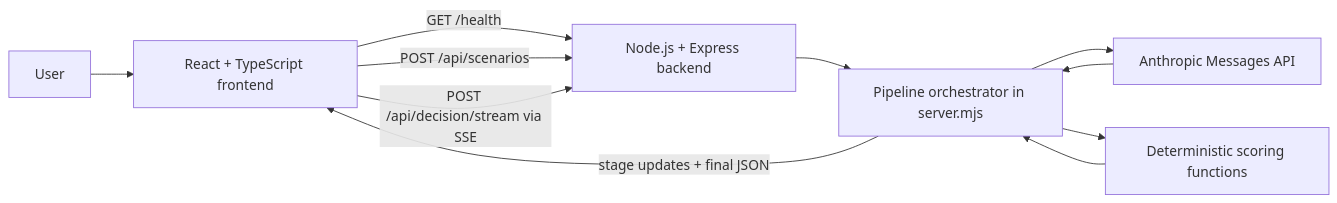
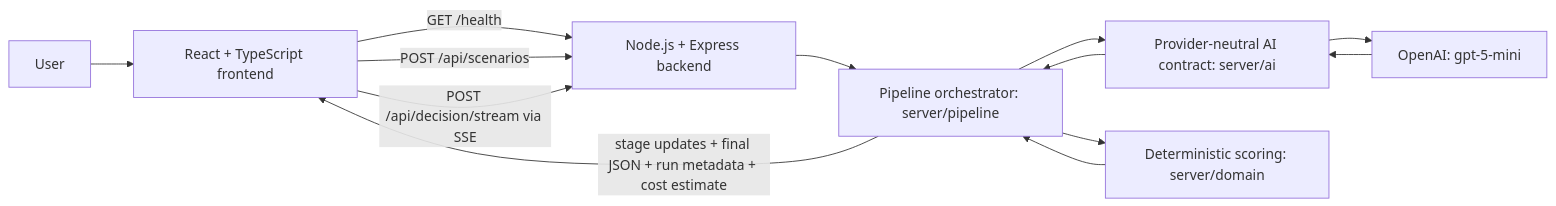
The diagram in README.md (abdo2006-dev/ScenarioRank-AI), drawn with Mermaid before and after one commit. The commit also changed other lines of this file and 84 other files, not shown here.

````diff
--- a/README.md
+++ b/README.md
@@ -29,13 +29,15 @@
 ```mermaid
 flowchart LR
     U[User] --> F[React + TypeScript frontend]
     F -->|GET /health| B[Node.js + Express backend]
     F -->|POST /api/scenarios| B
     F -->|POST /api/decision/stream via SSE| B
-    B --> O[Pipeline orchestrator in server.mjs]
-    O --> A[Anthropic Messages API]
-    O --> D[Deterministic scoring functions]
-    A --> O
+    B --> O[Pipeline orchestrator: server/pipeline]
+    O --> P[Provider-neutral AI contract: server/ai]
+    P --> A[OpenAI: gpt-5-mini]
+    O --> D[Deterministic scoring: server/domain]
+    A --> P
+    P --> O
     D --> O
-    O -->|stage updates + final JSON| F
+    O -->|stage updates + final JSON + run metadata + cost estimate| F
 ```
````
